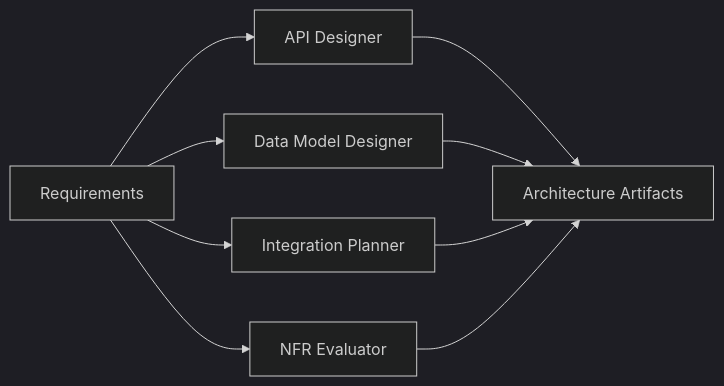
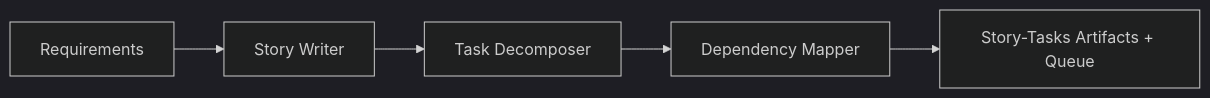
One commit to bitbitcodes/autonomous-sdlc changed the third of 8 diagrams in docs/phases.md. Above: the diagram before and after it, drawn with Mermaid (dark theme). The commit also changed other lines of this file and 66 other files, not shown here.

````diff
--- a/docs/phases.md
+++ b/docs/phases.md
@@ -82,8 +84,7 @@
 ```mermaid
 flowchart LR
-    REQ[Requirements] --> AD[API Designer]
-    REQ --> DM[Data Model Designer]
-    REQ --> IP[Integration Planner]
-    REQ --> NE[NFR Evaluator]
-    AD & DM & IP & NE --> OUT[Architecture Artifacts]
+    REQ[Requirements] --> SW[Story Writer]
+    SW --> TD[Task Decomposer]
+    TD --> DM[Dependency Mapper]
+    DM --> OUT[Story-Tasks Artifacts + Queue]
 ```
````
